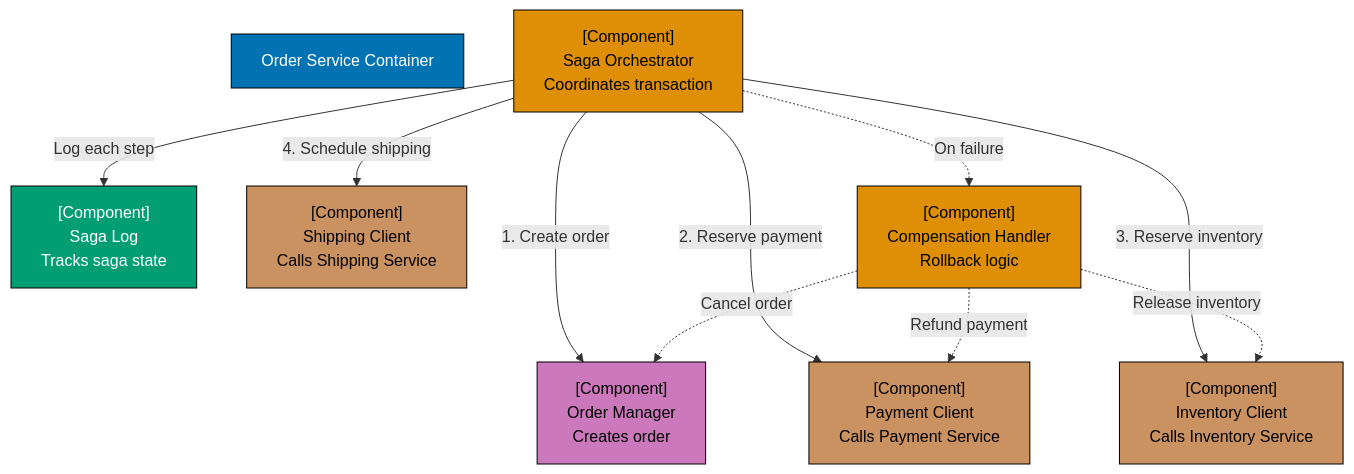
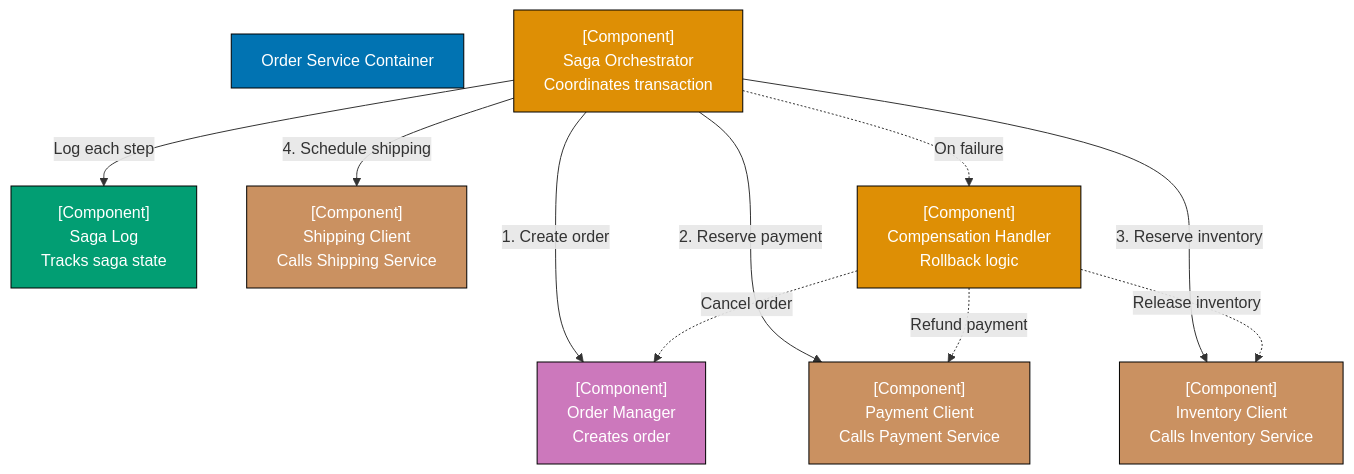
Before and after one commit to wahidyankf/open-sharia-enterprise: the fifth of 30 diagrams in apps/ayokoding-web/content/en/learn/software-engineering/architecture/c4-architecture-model/by-example/intermediate.md, drawn with Mermaid. The commit also changed other lines of this file and 61 other files, not shown here.

First line of the commit message:
fix(ayokoding-web): quote Mermaid node labels with special characters in Example 63

````diff
--- a/apps/ayokoding-web/content/en/learn/software-engineering/architecture/c4-architecture-model/by-example/intermediate.md
+++ b/apps/ayokoding-web/content/en/learn/software-engineering/architecture/c4-architecture-model/by-example/intermediate.md
@@ -246,35 +246,35 @@
 ```mermaid
 graph TD
     OrderService["Order Service Container"]
 
     SagaOrchestrator["[Component]<br/>Saga Orchestrator<br/>Coordinates transaction"]
     SagaLog["[Component]<br/>Saga Log<br/>Tracks saga state"]
 
     OrderManager["[Component]<br/>Order Manager<br/>Creates order"]
     PaymentClient["[Component]<br/>Payment Client<br/>Calls Payment Service"]
     InventoryClient["[Component]<br/>Inventory Client<br/>Calls Inventory Service"]
     ShippingClient["[Component]<br/>Shipping Client<br/>Calls Shipping Service"]
 
     CompensationHandler["[Component]<br/>Compensation Handler<br/>Rollback logic"]
 
     SagaOrchestrator -->|"1. Create order"| OrderManager
     SagaOrchestrator -->|"2. Reserve payment"| PaymentClient
     SagaOrchestrator -->|"3. Reserve inventory"| InventoryClient
     SagaOrchestrator -->|"4. Schedule shipping"| ShippingClient
 
     SagaOrchestrator -->|"Log each step"| SagaLog
 
     SagaOrchestrator -.->|"On failure"| CompensationHandler
     CompensationHandler -.->|"Cancel order"| OrderManager
     CompensationHandler -.->|"Refund payment"| PaymentClient
     CompensationHandler -.->|"Release inventory"| InventoryClient
 
     style OrderService fill:#0173B2,stroke:#000,color:#fff
-    style SagaOrchestrator fill:#DE8F05,stroke:#000,color:#000
+    style SagaOrchestrator fill:#DE8F05,stroke:#000,color:#fff
     style SagaLog fill:#029E73,stroke:#000,color:#fff
-    style OrderManager fill:#CC78BC,stroke:#000,color:#000
-    style PaymentClient fill:#CA9161,stroke:#000,color:#000
-    style InventoryClient fill:#CA9161,stroke:#000,color:#000
-    style ShippingClient fill:#CA9161,stroke:#000,color:#000
-    style CompensationHandler fill:#DE8F05,stroke:#000,color:#000
+    style OrderManager fill:#CC78BC,stroke:#000,color:#fff
+    style PaymentClient fill:#CA9161,stroke:#000,color:#fff
+    style InventoryClient fill:#CA9161,stroke:#000,color:#fff
+    style ShippingClient fill:#CA9161,stroke:#000,color:#fff
+    style CompensationHandler fill:#DE8F05,stroke:#000,color:#fff
 ```
````
